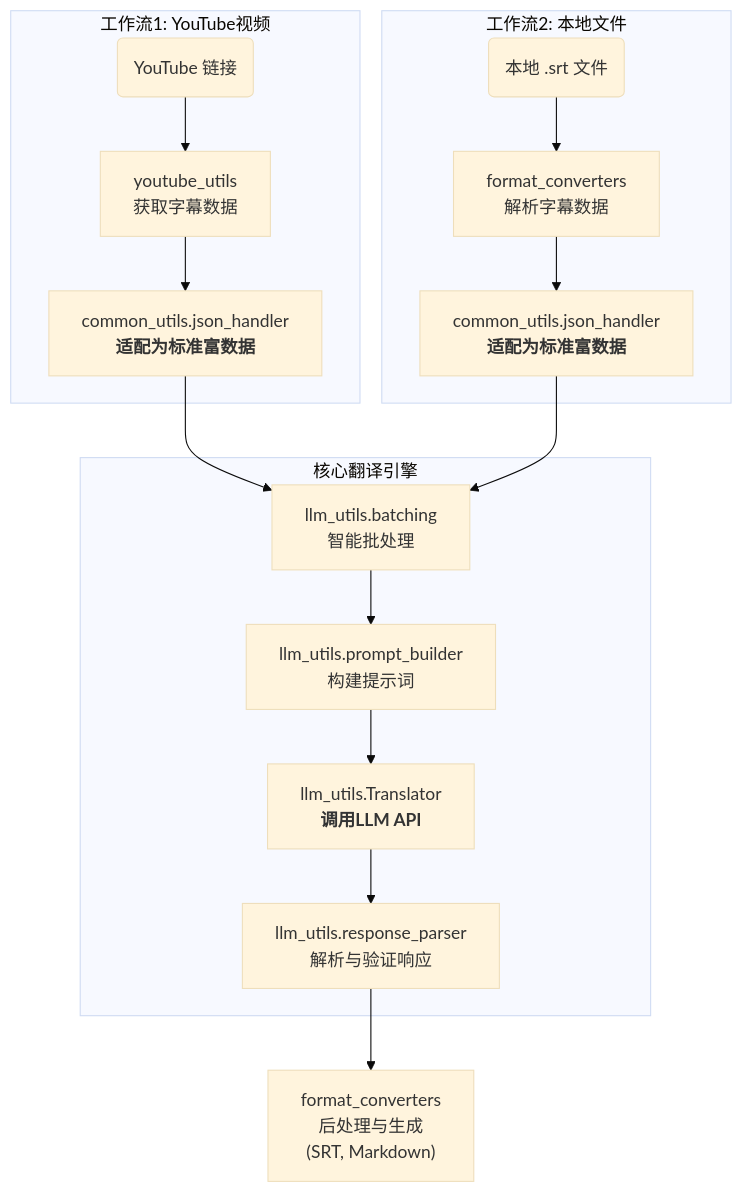
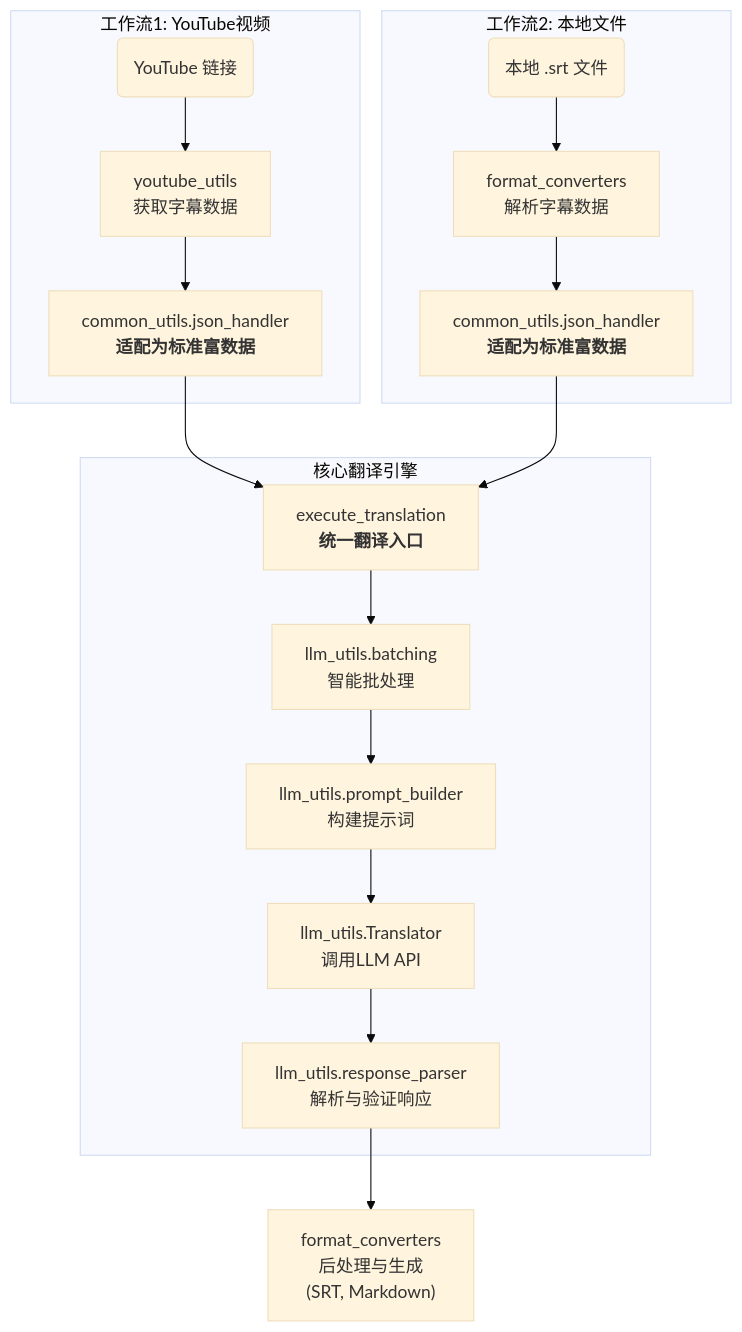
One commit to kuniyao/MultiMediaGenAI changed the diagram in README.md. Above: the diagram before and after it, drawn with Mermaid (base theme). The commit also changed other lines of this file and 14 other files, not shown here.

````diff
--- a/README.md
+++ b/README.md
@@ -16,25 +24,24 @@
 ```mermaid
 graph TD;
     subgraph A[工作流1: YouTube视频]
         A1("YouTube 链接") --> A2["youtube_utils<br/>获取字幕数据"];
         A2 --> A3["common_utils.json_handler<br/><b>适配为标准富数据</b>"];
     end
 
     subgraph B[工作流2: 本地文件]
         B1("本地 .srt 文件") --> B2["format_converters<br/>解析字幕数据"];
         B2 --> B3["common_utils.json_handler<br/><b>适配为标准富数据</b>"];
     end
 
     subgraph C[核心翻译引擎]
-        C1["llm_utils.batching<br/>智能批处理"];
-        C2["llm_utils.prompt_builder<br/>构建提示词"];
-        C3["llm_utils.Translator<br/><b>调用LLM API</b>"];
-        C4["llm_utils.response_parser<br/>解析与验证响应"];
-        C1 --> C2 --> C3 --> C4;
+        C0["execute_translation<br/><b>统一翻译入口</b>"] --> C1["llm_utils.batching<br/>智能批处理"];
+        C1 --> C2["llm_utils.prompt_builder<br/>构建提示词"];
+        C2 --> C3["llm_utils.Translator<br/>调用LLM API"];
+        C3 --> C4["llm_utils.response_parser<br/>解析与验证响应"];
     end
 
-    A3 --> C1;
-    B3 --> C1;
+    A3 --> C0;
+    B3 --> C0;
     
     C4 --> D["format_converters<br/>后处理与生成<br/>(SRT, Markdown)"];
 ```
````
